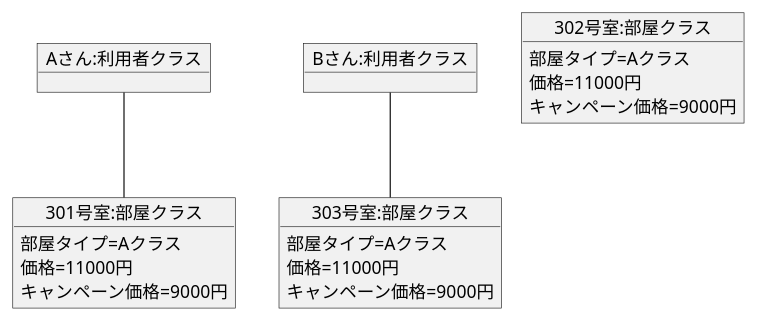
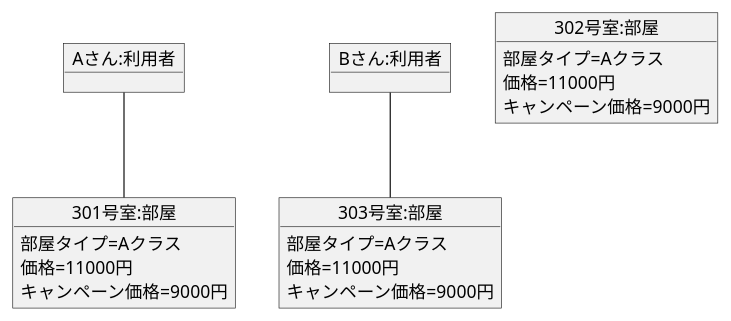
The diagram in 演習3-5_OBJ_ホテル宿泊予約.pu (papipuponpon/uml-introduction), drawn with PlantUML before and after one commit. The commit also changed 3 other files, not shown here.

```diff
--- a/演習3-5_OBJ_ホテル宿泊予約.pu
+++ b/演習3-5_OBJ_ホテル宿泊予約.pu
@@ -1,30 +1,30 @@
 @startuml 演習３－５
-object "Aさん:利用者クラス" as A{
+object "Aさん:利用者" as A{
 
 }
 
-object "Bさん:利用者クラス" as B{
+object "Bさん:利用者" as B{
 
 }
 
-object "301号室:部屋クラス" as h1{
+object "301号室:部屋" as h1{
     部屋タイプ=Aクラス
     価格=11000円
     キャンペーン価格=9000円
 }
 
-object "302号室:部屋クラス" as h2{
+object "302号室:部屋" as h2{
     部屋タイプ=Aクラス
     価格=11000円
     キャンペーン価格=9000円
 }
 
-object "303号室:部屋クラス" as h3{
+object "303号室:部屋" as h3{
     部屋タイプ=Aクラス
     価格=11000円
     キャンペーン価格=9000円
 }
 
 A -- h1
 B -- h3
 @enduml
```
